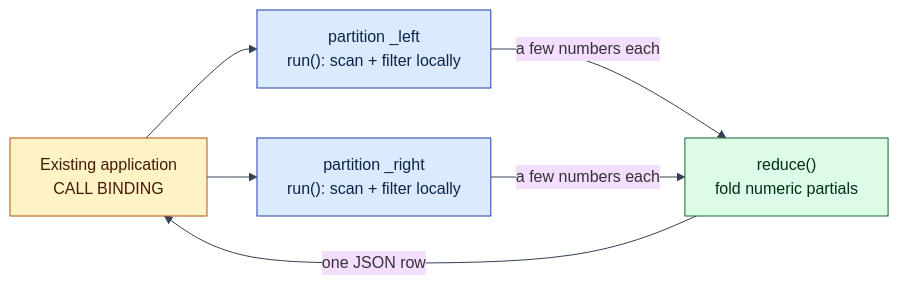
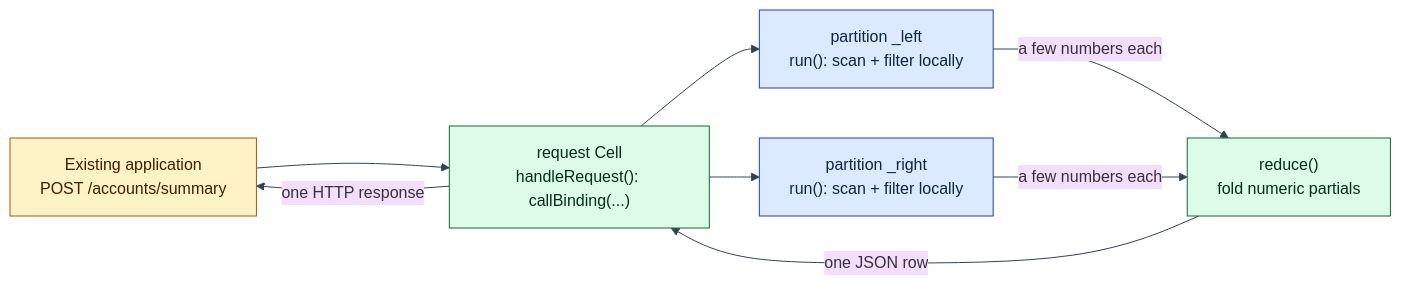
Before and after one commit to psvensson/lagrange: the diagram in examples/call-binding-account-summary/README.md, drawn with Mermaid. The commit also changed other lines of this file and 30 other files, not shown here.

First line of the commit message:
http-to-call-composition-proof: One immutable Artifact with request and…

````diff
--- a/examples/call-binding-account-summary/README.md
+++ b/examples/call-binding-account-summary/README.md
@@ -132,15 +164,18 @@
 ```mermaid
 %%{init: {'theme':'base','themeVariables':{'background':'#ffffff','lineColor':'#334155','textColor':'#0f172a'}}}%%
 flowchart LR
-  APP["Existing application<br/>CALL BINDING"]:::ctrl
+  APP["Existing application<br/>POST /accounts/summary"]:::ctrl
+  REQ["request Cell<br/>handleRequest(): callBinding(...)"]:::svc
   P1["partition _left<br/>run(): scan + filter locally"]:::data
   P2["partition _right<br/>run(): scan + filter locally"]:::data
   RED["reduce()<br/>fold numeric partials"]:::svc
-  APP --> P1 & P2
+  APP --> REQ
+  REQ --> P1 & P2
   P1 & P2 -- "a few numbers each" --> RED
-  RED -- "one JSON row" --> APP
+  RED -- "one JSON row" --> REQ
+  REQ -- "one HTTP response" --> APP
 
   classDef data fill:#dbeafe,stroke:#1e40af,color:#0b2545
   classDef svc fill:#dcfce7,stroke:#166534,color:#052e16
   classDef ctrl fill:#fef3c7,stroke:#b45309,color:#451a03
 ```
````
